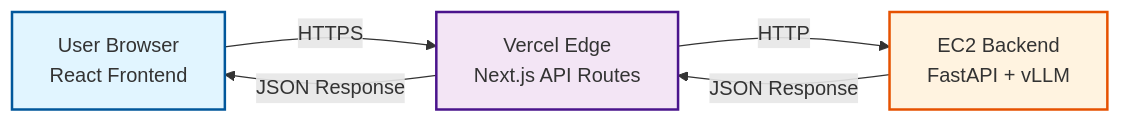
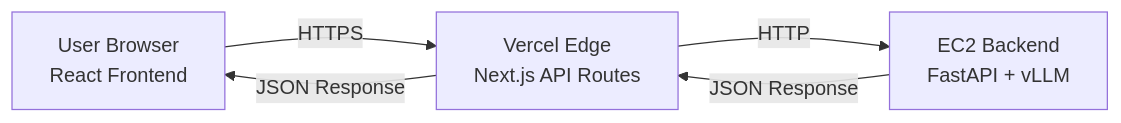
One commit to longhoag/slm-ft-serving-frontend changed the diagram in README.md. Above: the diagram before and after it, drawn with Mermaid.

Commit message:
fix: update styling on mermaid graph for better visualization

````diff
--- a/README.md
+++ b/README.md
@@ -35,11 +35,7 @@
 ```mermaid
 graph LR
     A[User Browser<br/>React Frontend] -->|HTTPS| B[Vercel Edge<br/>Next.js API Routes]
     B -->|HTTP| C[EC2 Backend<br/>FastAPI + vLLM]
     C -->|JSON Response| B
     B -->|JSON Response| A
-    
-    style A fill:#e1f5ff,stroke:#01579b,stroke-width:2px
-    style B fill:#f3e5f5,stroke:#4a148c,stroke-width:2px
-    style C fill:#fff3e0,stroke:#e65100,stroke-width:2px
 ```
````
